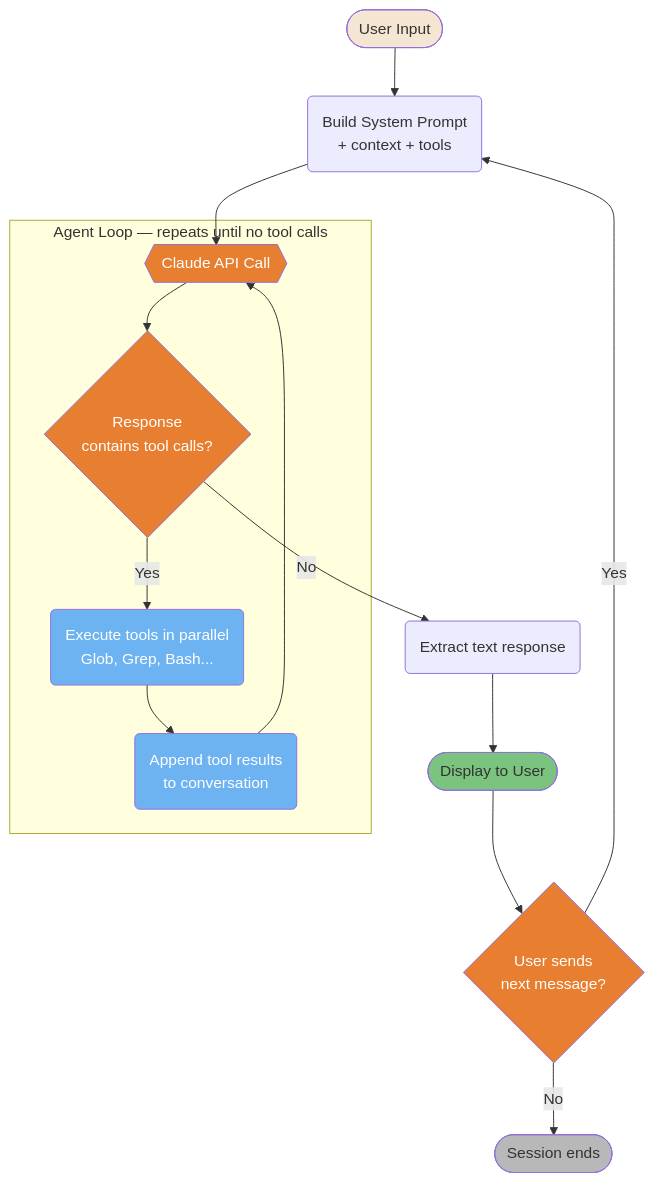
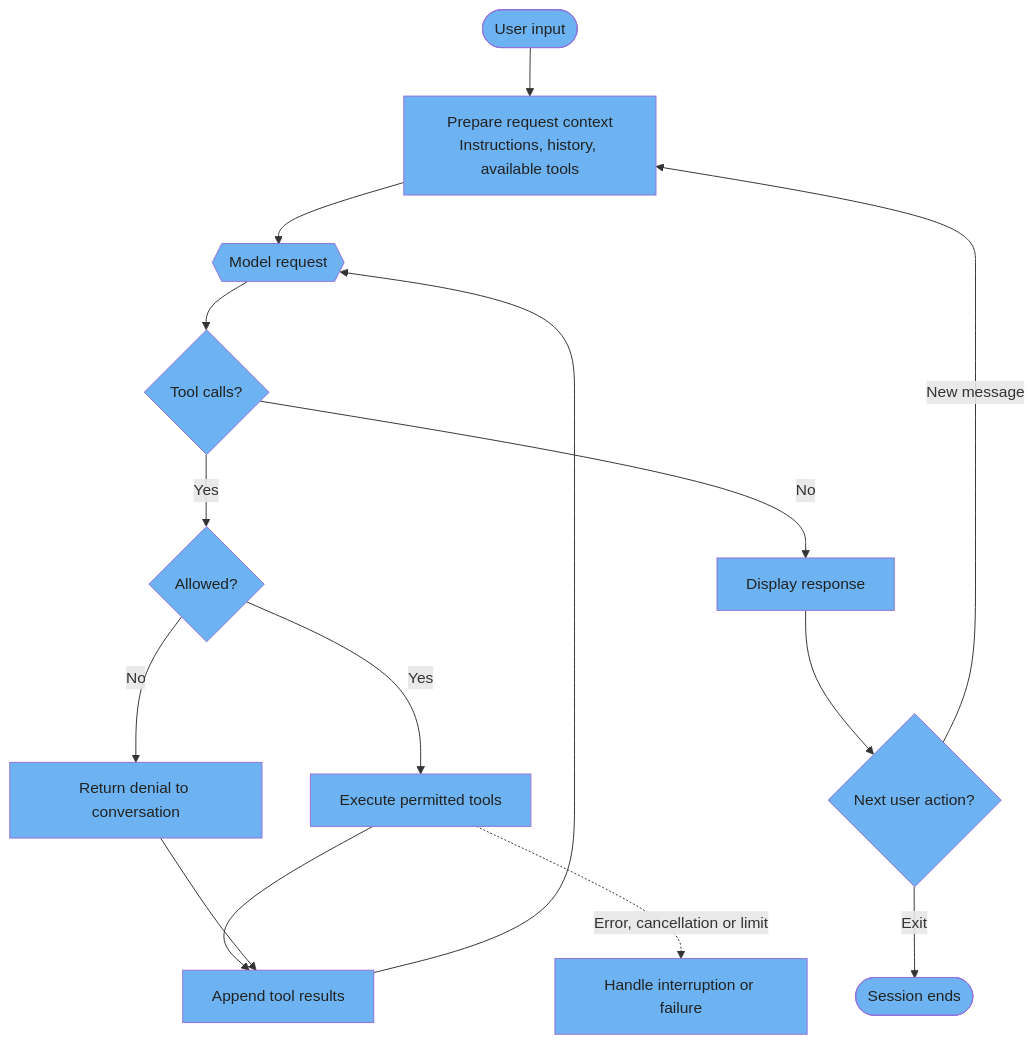
The first of 4 diagrams in guide/diagrams/04-architecture-internals.md (FlorianBruniaux/claude-code-ultimate-guide), drawn with Mermaid before and after one commit. The commit also changed other lines of this file and 17 other files, not shown here.

Commit message:
docs: refresh all diagrams and correct their source guidance

````diff
--- a/guide/diagrams/04-architecture-internals.md
+++ b/guide/diagrams/04-architecture-internals.md
@@ -17,38 +17,41 @@
 ```mermaid
 flowchart TD
-    A([User Input]) --> B(Build System Prompt<br/>+ context + tools)
-    B --> C
-
-    subgraph AGENT_LOOP["Agent Loop — repeats until no tool calls"]
-        C{{Claude API Call}} --> D{Response<br/>contains tool calls?}
-        D -->|Yes| E(Execute tools in parallel<br/>Glob, Grep, Bash...)
-        E --> F(Append tool results<br/>to conversation)
-        F --> C
-    end
-
-    D -->|No| H(Extract text response)
-    H --> I([Display to User])
-    I --> J{User sends<br/>next message?}
-    J -->|Yes| B
-    J -->|No| K([Session ends])
-
-    style A fill:#F5E6D3,color:#333
-    style C fill:#E87E2F,color:#fff
-    style D fill:#E87E2F,color:#fff
-    style E fill:#6DB3F2,color:#fff
-    style F fill:#6DB3F2,color:#fff
-    style I fill:#7BC47F,color:#333
-    style J fill:#E87E2F,color:#fff
-    style K fill:#B8B8B8,color:#333
-
-    click A href "https://github.com/FlorianBruniaux/claude-code-ultimate-guide/blob/main/guide/ultimate-guide.md#12-first-workflow" "User Input"
-    click B href "https://github.com/FlorianBruniaux/claude-code-ultimate-guide/blob/main/guide/core/architecture.md#1-the-master-loop" "Build System Prompt"
-    click C href "https://github.com/FlorianBruniaux/claude-code-ultimate-guide/blob/main/guide/core/architecture.md#1-the-master-loop" "Claude API Call"
-    click D href "https://github.com/FlorianBruniaux/claude-code-ultimate-guide/blob/main/guide/core/architecture.md#1-the-master-loop" "Response contains tool calls?"
-    click E href "https://github.com/FlorianBruniaux/claude-code-ultimate-guide/blob/main/guide/core/architecture.md#2-the-tool-arsenal" "Execute tools in parallel"
-    click F href "https://github.com/FlorianBruniaux/claude-code-ultimate-guide/blob/main/guide/core/architecture.md#1-the-master-loop" "Append tool results"
-    click H href "https://github.com/FlorianBruniaux/claude-code-ultimate-guide/blob/main/guide/core/architecture.md#1-the-master-loop" "Extract text response"
-    click I href "https://github.com/FlorianBruniaux/claude-code-ultimate-guide/blob/main/guide/ultimate-guide.md#12-first-workflow" "Display to User"
-    click J href "https://github.com/FlorianBruniaux/claude-code-ultimate-guide/blob/main/guide/core/architecture.md#1-the-master-loop" "User sends next message?"
-    click K href "https://github.com/FlorianBruniaux/claude-code-ultimate-guide/blob/main/guide/core/architecture.md#1-the-master-loop" "Session ends"
+    A([User input]) --> B[Prepare request context<br/>Instructions, history, available tools]
+    B --> C{{Model request}}
+    C --> D{Tool calls?}
+    D -->|Yes| PERM{Allowed?}
+    PERM -->|Yes| E[Execute permitted tools]
+    PERM -->|No| DENY[Return denial to conversation]
+    E --> F[Append tool results]
+    DENY --> F
+    F --> C
+    D -->|No| I[Display response]
+    I --> J{Next user action?}
+    J -->|New message| B
+    J -->|Exit| K([Session ends])
+    E -.->|Error, cancellation or limit| STOP[Handle interruption or failure]
+    style A fill:#6DB3F2,color:#222
+    click A href "https://github.com/FlorianBruniaux/claude-code-ultimate-guide/blob/main/guide/core/architecture.md#1-the-master-loop" "The master loop"
+    style B fill:#6DB3F2,color:#222
+    click B href "https://github.com/FlorianBruniaux/claude-code-ultimate-guide/blob/main/guide/core/architecture.md#1-the-master-loop" "The master loop"
+    style C fill:#6DB3F2,color:#222
+    click C href "https://github.com/FlorianBruniaux/claude-code-ultimate-guide/blob/main/guide/core/architecture.md#1-the-master-loop" "The master loop"
+    style D fill:#6DB3F2,color:#222
+    click D href "https://github.com/FlorianBruniaux/claude-code-ultimate-guide/blob/main/guide/core/architecture.md#1-the-master-loop" "The master loop"
+    style PERM fill:#6DB3F2,color:#222
+    click PERM href "https://github.com/FlorianBruniaux/claude-code-ultimate-guide/blob/main/guide/core/architecture.md#1-the-master-loop" "The master loop"
+    style E fill:#6DB3F2,color:#222
+    click E href "https://github.com/FlorianBruniaux/claude-code-ultimate-guide/blob/main/guide/core/architecture.md#1-the-master-loop" "The master loop"
+    style DENY fill:#6DB3F2,color:#222
+    click DENY href "https://github.com/FlorianBruniaux/claude-code-ultimate-guide/blob/main/guide/core/architecture.md#1-the-master-loop" "The master loop"
+    style F fill:#6DB3F2,color:#222
+    click F href "https://github.com/FlorianBruniaux/claude-code-ultimate-guide/blob/main/guide/core/architecture.md#1-the-master-loop" "The master loop"
+    style I fill:#6DB3F2,color:#222
+    click I href "https://github.com/FlorianBruniaux/claude-code-ultimate-guide/blob/main/guide/core/architecture.md#1-the-master-loop" "The master loop"
+    style J fill:#6DB3F2,color:#222
+    click J href "https://github.com/FlorianBruniaux/claude-code-ultimate-guide/blob/main/guide/core/architecture.md#1-the-master-loop" "The master loop"
+    style K fill:#6DB3F2,color:#222
+    click K href "https://github.com/FlorianBruniaux/claude-code-ultimate-guide/blob/main/guide/core/architecture.md#1-the-master-loop" "The master loop"
+    style STOP fill:#6DB3F2,color:#222
+    click STOP href "https://github.com/FlorianBruniaux/claude-code-ultimate-guide/blob/main/guide/core/architecture.md#1-the-master-loop" "The master loop"
 ```
````
